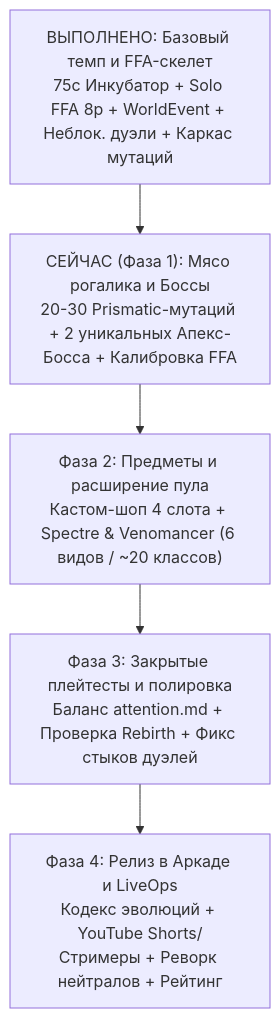
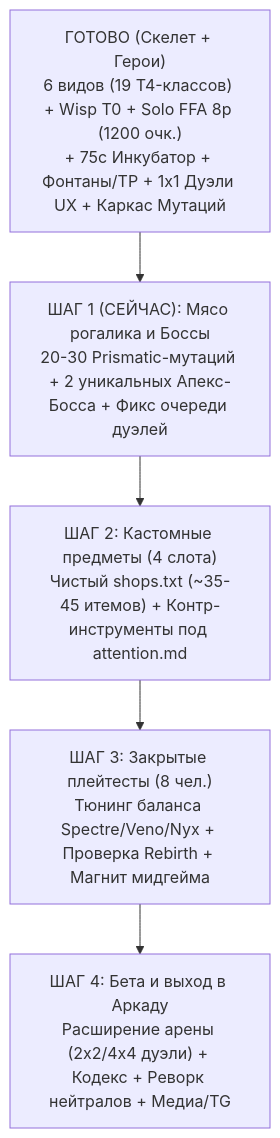
The diagram in game/dota_addons/evo/evo_strategic_analytics.md (tetravortex7-dev/predators), drawn with Mermaid before and after one commit. The commit also changed other lines of this file and 120 other files, not shown here.

Commit message:
feat: Venomancer, Wisp T0, adaptive duels, order filter, morph transfer, and Spectre native dagger/innate

````diff
--- a/game/dota_addons/evo/evo_strategic_analytics.md
+++ b/game/dota_addons/evo/evo_strategic_analytics.md
@@ -96,7 +82,7 @@
 ```mermaid
 flowchart TD
-    P0["ВЫПОЛНЕНО: Базовый темп и FFA-скелет<br/>75с Инкубатор + Solo FFA 8p + WorldEvent + Неблок. дуэли + Каркас мутаций"] --> P1["СЕЙЧАС (Фаза 1): Мясо рогалика и Боссы<br/>20-30 Prismatic-мутаций + 2 уникальных Апекс-Босса + Калибровка FFA"]
-    P1 --> P2["Фаза 2: Предметы и расширение пула<br/>Кастом-шоп 4 слота + Spectre & Venomancer (6 видов / ~20 классов)"]
-    P2 --> P3["Фаза 3: Закрытые плейтесты и полировка<br/>Баланс attention.md + Проверка Rebirth + Фикс стыков дуэлей"]
-    P3 --> P4["Фаза 4: Релиз в Аркаде и LiveOps<br/>Кодекс эволюций + YouTube Shorts/Стримеры + Реворк нейтралов + Рейтинг"]
+    P0["ГОТОВО (Скелет + Герои)<br/>6 видов (19 T4-классов) + Wisp T0 + Solo FFA 8p (1200 очк.)<br/>+ 75с Инкубатор + Фонтаны/TP + 1x1 Дуэли UX + Каркас Мутаций"] --> P1["ШАГ 1 (СЕЙЧАС): Мясо рогалика и Боссы<br/>20-30 Prismatic-мутаций + 2 уникальных Апекс-Босса + Фикс очереди дуэлей"]
+    P1 --> P2["ШАГ 2: Кастомные предметы (4 слота)<br/>Чистый shops.txt (~35-45 итемов) + Контр-инструменты под attention.md"]
+    P2 --> P3["ШАГ 3: Закрытые плейтесты (8 чел.)<br/>Тюнинг баланса Spectre/Veno/Nyx + Проверка Rebirth + Магнит мидгейма"]
+    P3 --> P4["ШАГ 4: Бета и выход в Аркаду<br/>Расширение арены (2x2/4x4 дуэли) + Кодекс + Реворк нейтралов + Медиа/TG"]
 ```
````
